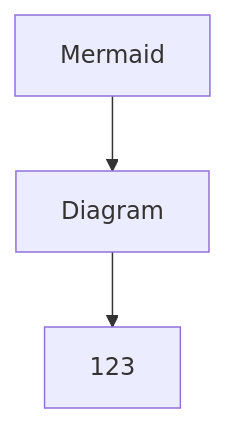
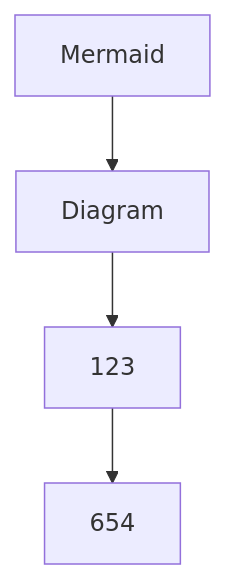
The diagram in README.md (redeyehare/NoteBook), drawn with Mermaid before and after one commit.

````diff
--- a/README.md
+++ b/README.md
@@ -19,4 +19,4 @@
 ```mermaid
 graph TD
-  Mermaid --> Diagram-->123
+  Mermaid --> Diagram-->123-->654
 ```
````
